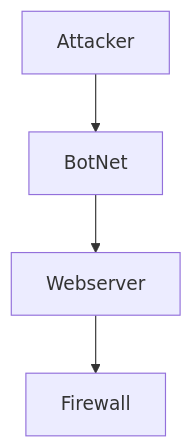
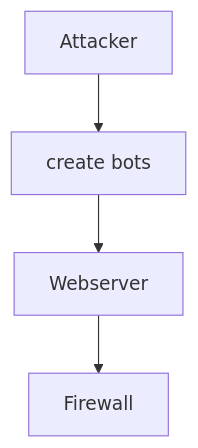
Before and after one commit to G-Marotta/Flowchart: the diagram in DDoS_Attack_Sequence.md, drawn with Mermaid.

````diff
--- a/DDoS_Attack_Sequence.md
+++ b/DDoS_Attack_Sequence.md
@@ -2,6 +2,6 @@
 ```mermaid
   graph TD;
-      Attacker-->BotNet;
+      Attacker-->BotNet[create bots];
       BotNet-->Webserver;
       Webserver-->Firewall;
 ```
````
